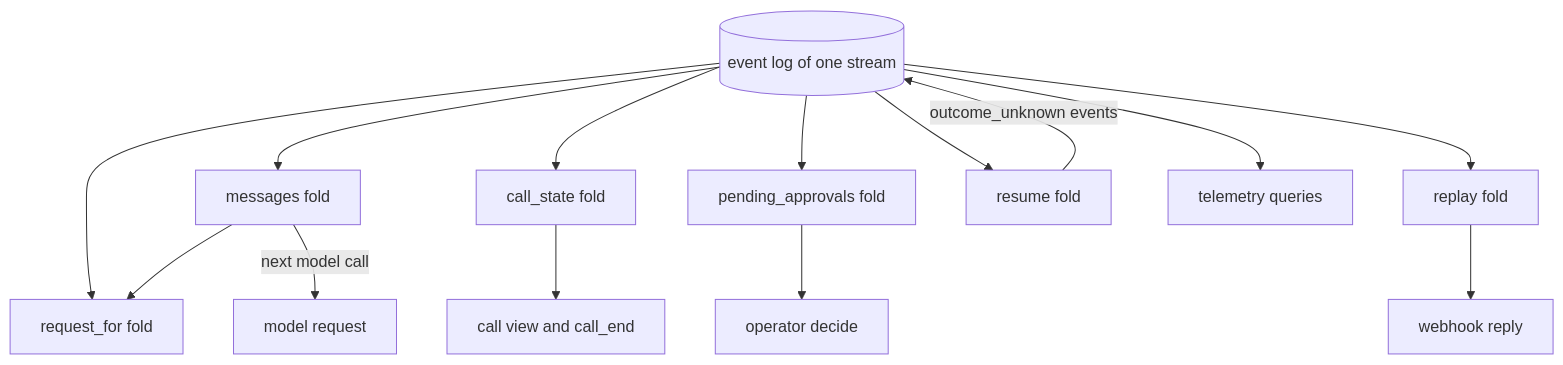
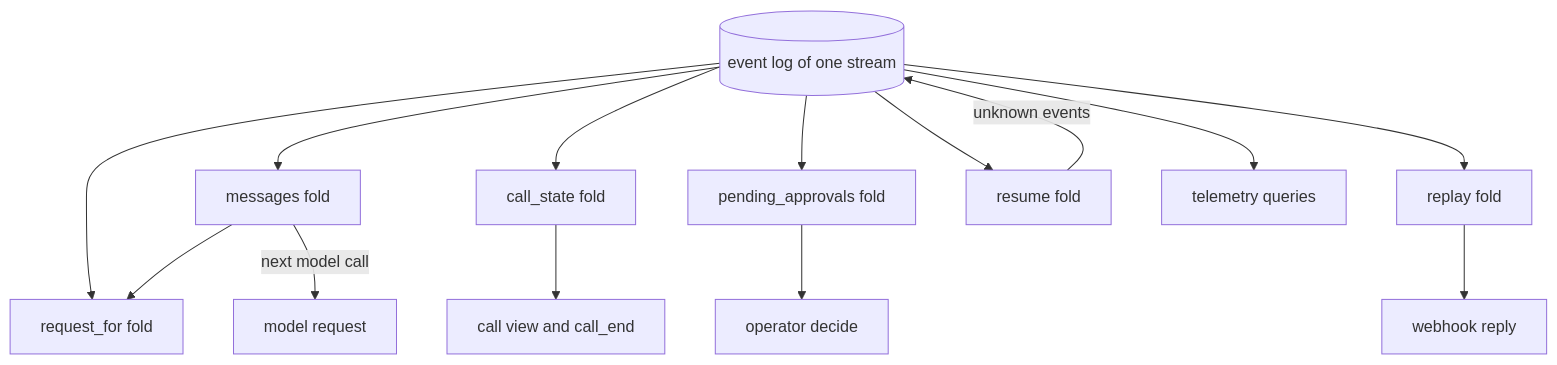
One commit to Aditya292248/DebtAgentCall changed the second of 2 diagrams in docs/design/event-log.md. Above: the diagram before and after it, drawn with Mermaid. The commit also changed other lines of this file, not shown here.

Commit message:
Match the tool outcome names and live-call handling used by the tool outcomes change

````diff
--- a/docs/design/event-log.md
+++ b/docs/design/event-log.md
@@ -207,17 +207,17 @@
 ```mermaid
 flowchart TD
     L[(event log of one stream)]
     L --> M[messages fold]
     L --> R[request_for fold]
     L --> S[call_state fold]
     L --> P[pending_approvals fold]
     L --> Y[replay fold]
     L --> X[resume fold]
     L --> T[telemetry queries]
     M --> R
     M -->|next model call| LLM[model request]
     S --> V[call view and call_end]
     P --> OP[operator decide]
     Y --> WH[webhook reply]
-    X -->|outcome_unknown events| L
+    X -->|unknown events| L
 ```
````
